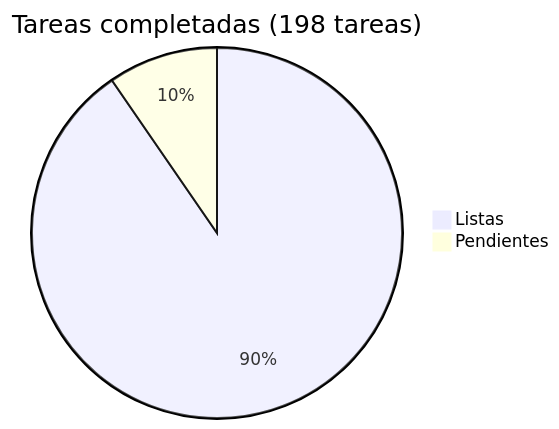
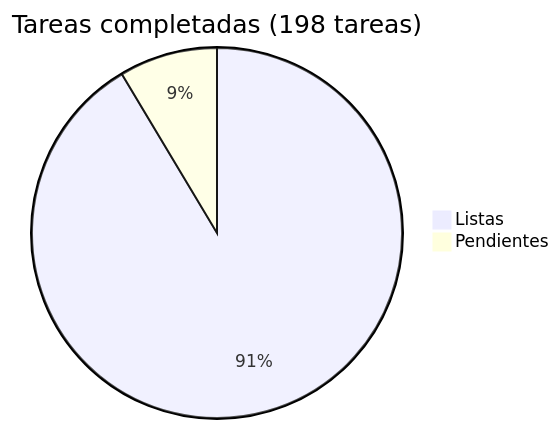
Before and after one commit to araguaney-lat/araguaney: the diagram in docs/roadmap/README.md, drawn with Mermaid. The commit also changed other lines of this file and 1 other file, not shown here.

````diff
--- a/docs/roadmap/README.md
+++ b/docs/roadmap/README.md
@@ -5,5 +5,5 @@
 ```mermaid
 pie title Tareas completadas (198 tareas)
-    "Listas" : 179
-    "Pendientes" : 19
+    "Listas" : 181
+    "Pendientes" : 17
 ```
````
